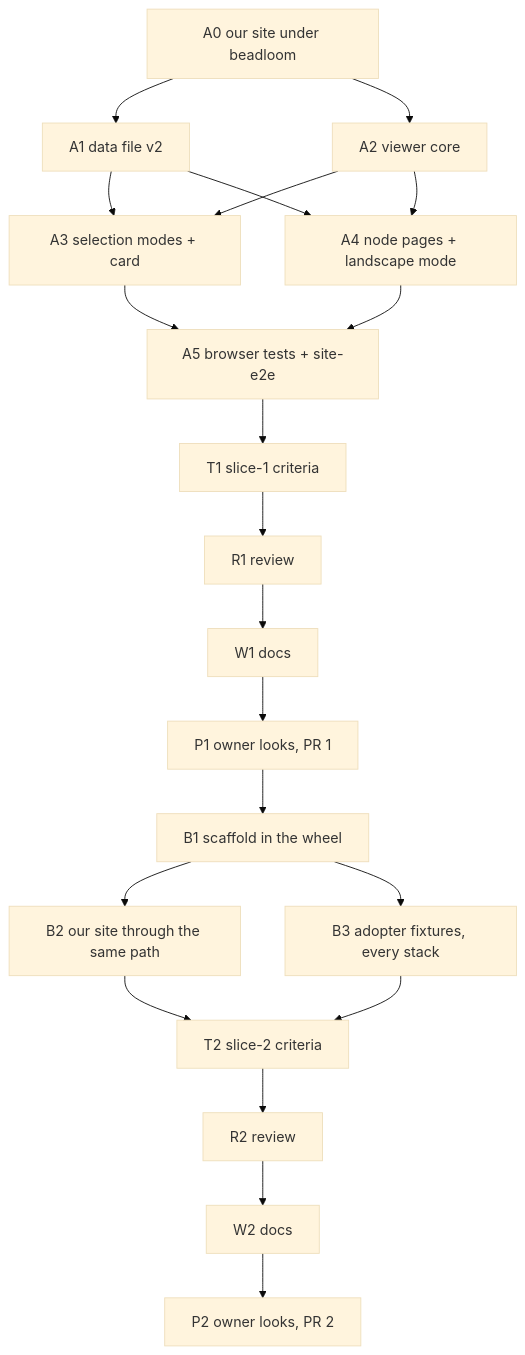
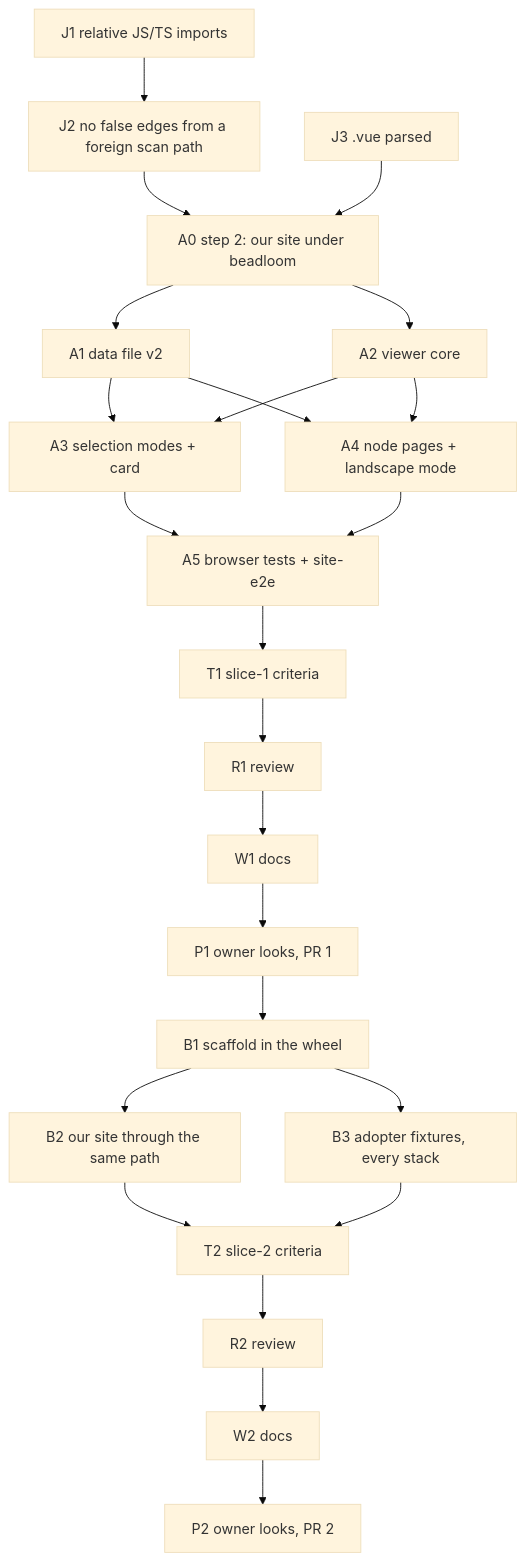
One commit to zoologov/beadloom changed the diagram in .claude/development/docs/features/BDL-076/PLAN.md. Above: the diagram before and after it, drawn with Mermaid (base theme). The commit also changed other lines of this file and 6 other files, not shown here.

````diff
--- a/.claude/development/docs/features/BDL-076/PLAN.md
+++ b/.claude/development/docs/features/BDL-076/PLAN.md
@@ -17,23 +17,26 @@
 ```mermaid
 graph TD
-    A0[A0 our site under beadloom] --> A1[A1 data file v2]
+    J1[J1 relative JS/TS imports] --> J2[J2 no false edges from a foreign scan path]
+    J3[J3 .vue parsed] --> A0[A0 step 2: our site under beadloom]
+    J2 --> A0
+    A0 --> A1[A1 data file v2]
     A0 --> A2[A2 viewer core]
     A1 --> A3[A3 selection modes + card]
     A2[A2 viewer core] --> A3
     A2 --> A4[A4 node pages + landscape mode]
     A1 --> A4
     A3 --> A5[A5 browser tests + site-e2e]
     A4 --> A5
     A5 --> T1[T1 slice-1 criteria]
     T1 --> R1[R1 review]
     R1 --> W1[W1 docs]
     W1 --> P1[P1 owner looks, PR 1]
     P1 --> B1[B1 scaffold in the wheel]
     B1 --> B2[B2 our site through the same path]
     B1 --> B3[B3 adopter fixtures, every stack]
     B2 --> T2[T2 slice-2 criteria]
     B3 --> T2
     T2 --> R2[R2 review]
     R2 --> W2[W2 docs]
     W2 --> P2[P2 owner looks, PR 2]
 ```
````
